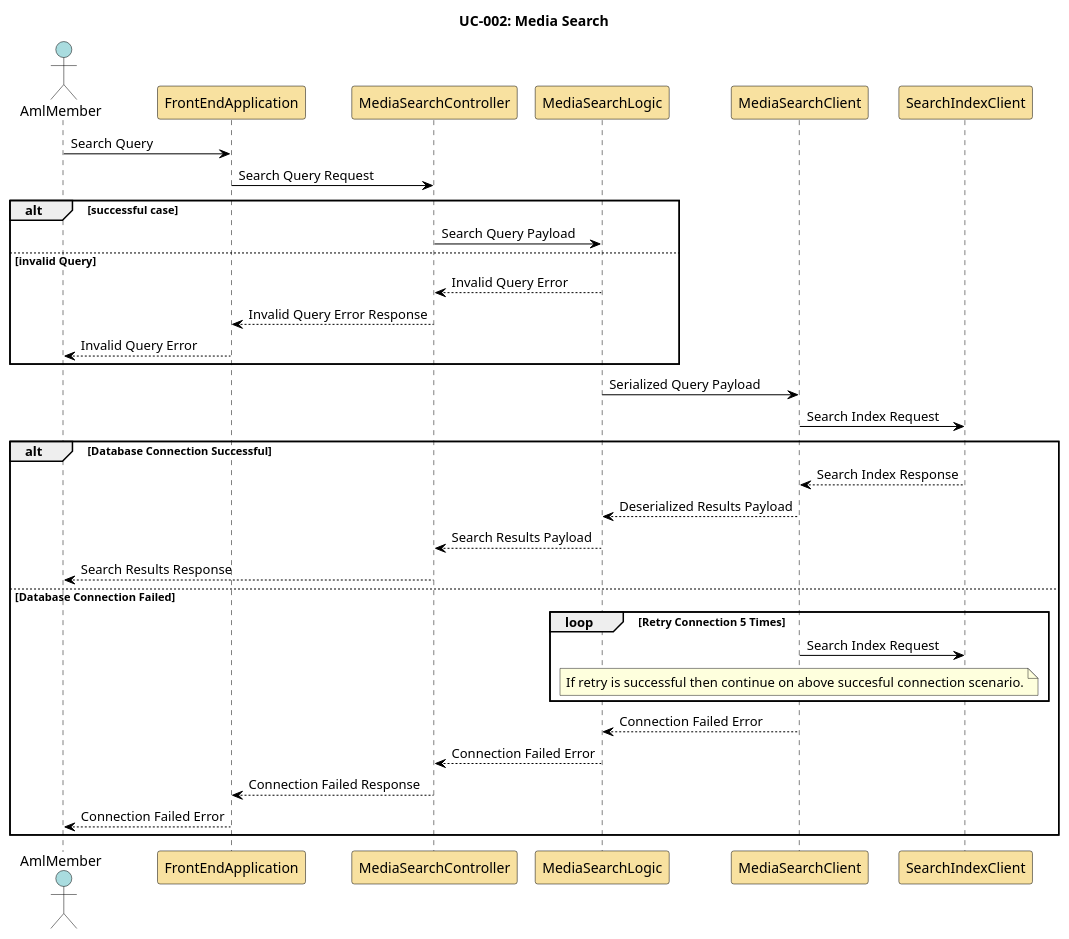
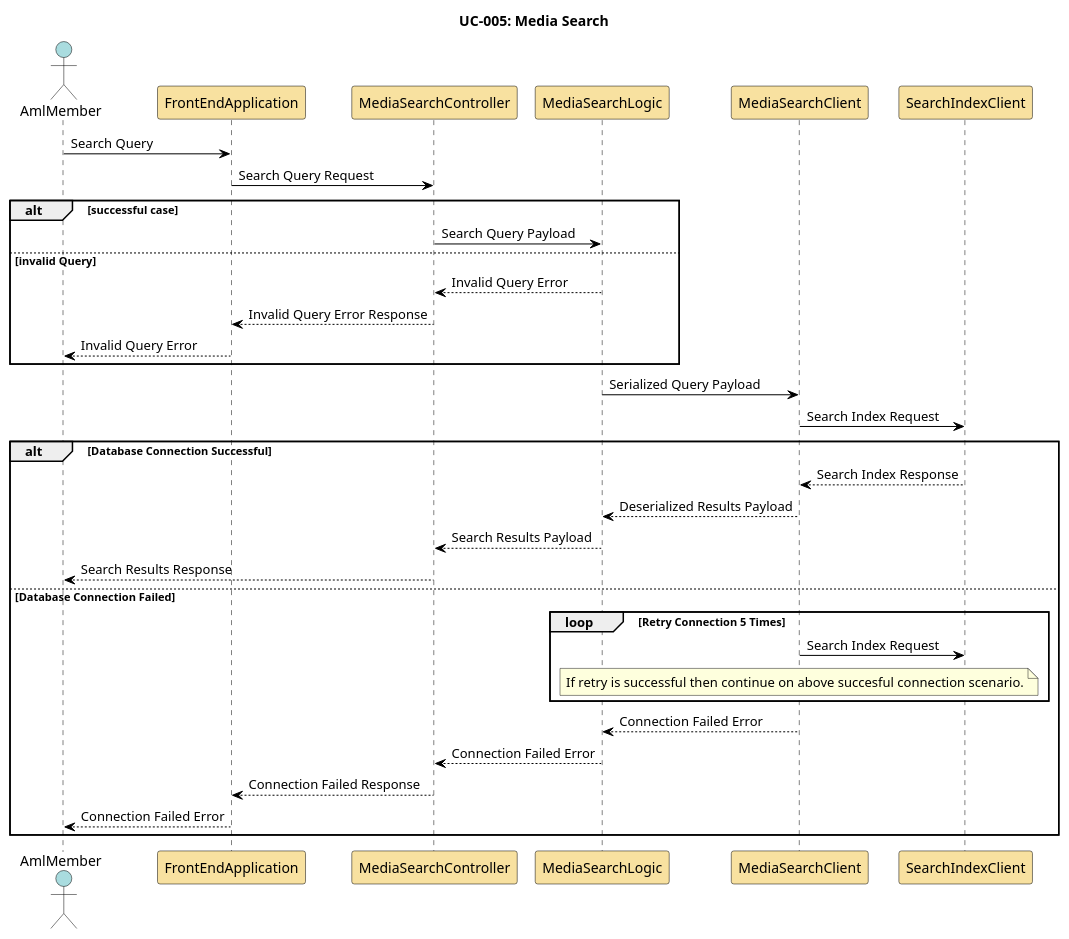
Before and after one commit to Nox-iv/group-11: the diagram in documentation/uml-sequence/media-search/media-search.puml, drawn with PlantUML. The commit also changed 2 other files, not shown here.

```diff
--- a/documentation/uml-sequence/media-search/media-search.puml
+++ b/documentation/uml-sequence/media-search/media-search.puml
@@ -1,56 +1,56 @@
 @startuml media-search
 
 skinparam sequence {
     ActorBorderColor Black
     ActorBackgroundColor #A9DCDF
     ParticipantBorderColor Black
     ParticipantBackgroundColor #F8E1A0
     LifeLineBorderColor Black
     LifeLineBackgroundColor White
     NoteBorderColor Black
     NoteBackgroundColor #FEFECE
     ArrowColor Black
     ArrowThickness 1
     ActivationBorderColor Black
     ActivationBackgroundColor #B3E2CD
 }
 
-title UC-002: Media Search
+title UC-005: Media Search
 
 actor AmlMember as aml_member
 participant FrontEndApplication as front_end
 participant MediaSearchController as media_search_controller
 participant MediaSearchLogic as media_search_logic
 participant MediaSearchClient as media_search_client
 participant SearchIndexClient as media_search_index
 
 aml_member -> front_end: Search Query
 front_end -> media_search_controller: Search Query Request
 alt successful case
     media_search_controller -> media_search_logic: Search Query Payload
 else invalid Query
     media_search_logic --> media_search_controller: Invalid Query Error
     media_search_controller --> front_end: Invalid Query Error Response
     front_end --> aml_member: Invalid Query Error
 end
 media_search_logic -> media_search_client: Serialized Query Payload
 media_search_client -> media_search_index: Search Index Request
 alt Database Connection Successful
     media_search_index --> media_search_client: Search Index Response
     media_search_client --> media_search_logic: Deserialized Results Payload
     media_search_logic --> media_search_controller: Search Results Payload
     media_search_controller --> aml_member: Search Results Response
 else Database Connection Failed
     loop Retry Connection 5 Times
     media_search_client -> media_search_index: Search Index Request
     note over media_search_client
     If retry is successful then continue on above succesful connection scenario.
     end note
     end
     media_search_client --> media_search_logic: Connection Failed Error
     media_search_logic --> media_search_controller: Connection Failed Error
     media_search_controller --> front_end: Connection Failed Response
     front_end --> aml_member: Connection Failed Error
 end
 
 @enduml
```
